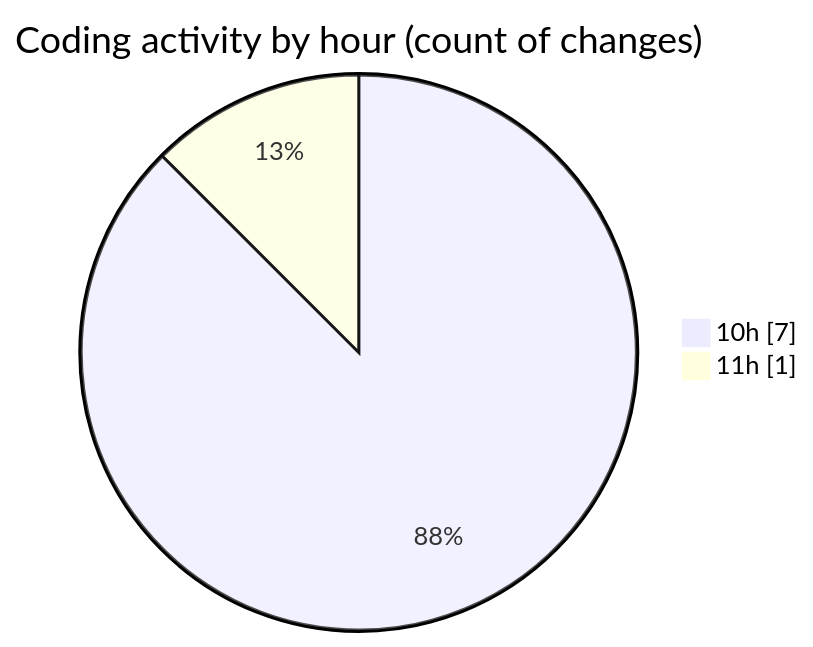
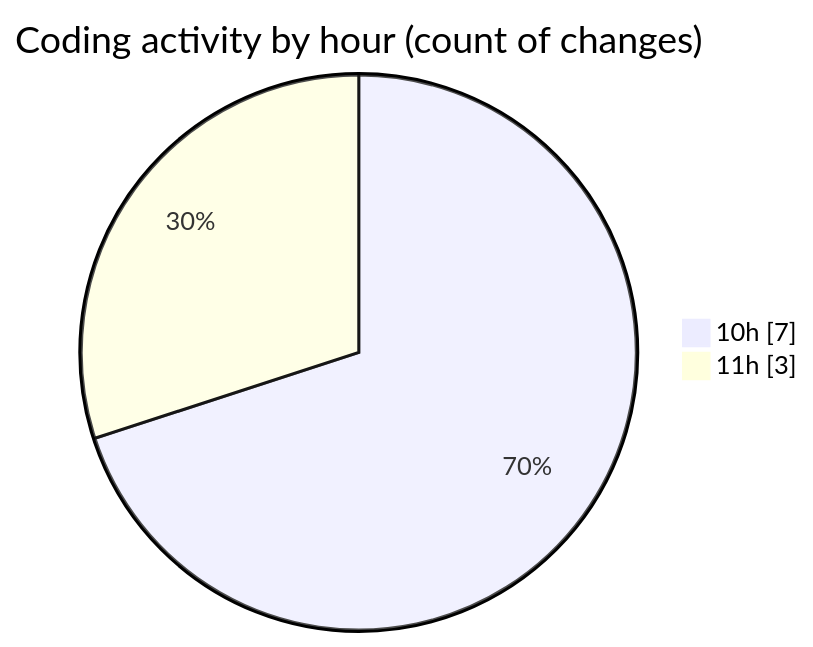
One commit to EIIisD/code-tracking changed the second of 2 diagrams in 2025-08-10/_hammerspoon/README.md. Above: the diagram before and after it, drawn with Mermaid. The commit also changed other lines of this file and 1 other file, not shown here.

````diff
--- a/2025-08-10/_hammerspoon/README.md
+++ b/2025-08-10/_hammerspoon/README.md
@@ -30,6 +30,6 @@
 ```mermaid
 pie showData
 title Coding activity by hour (count of changes)
 "10h" : 7
-"11h" : 1
+"11h" : 3
 ```
````
